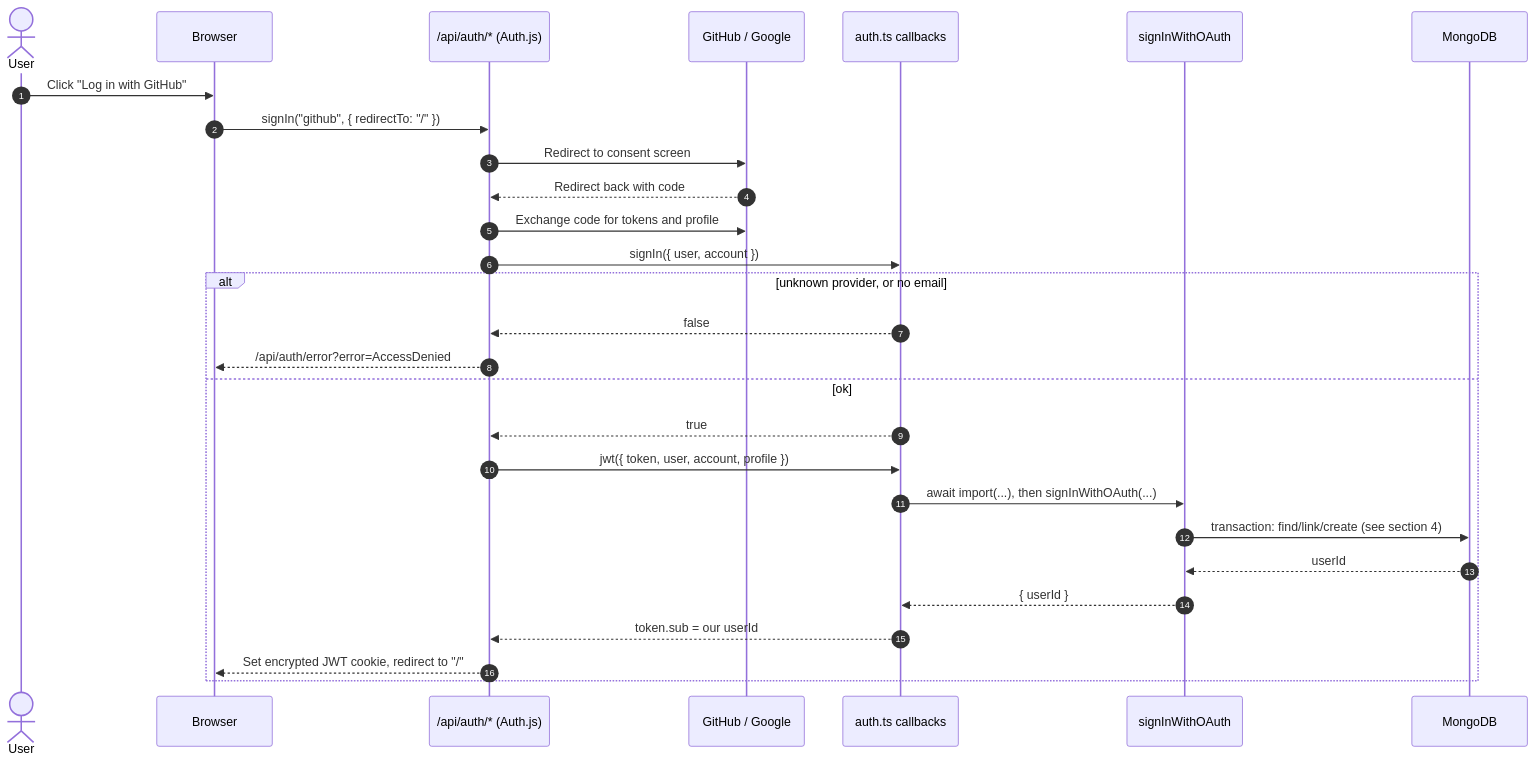
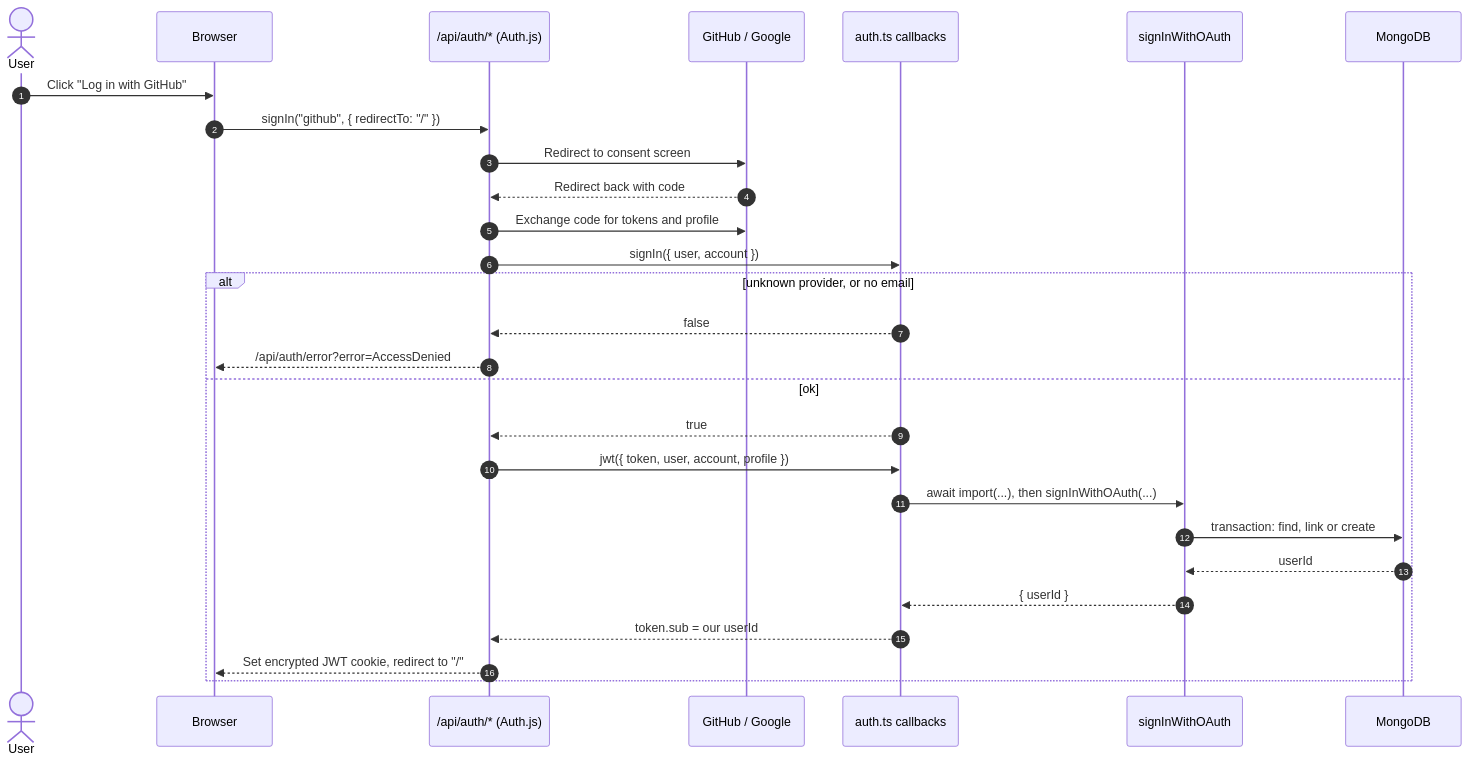
Before and after one commit to firihy/dev-over-flow: the fourth of 9 diagrams in docs/AUTH.md, drawn with Mermaid. The commit also changed other lines of this file, not shown here.

````diff
--- a/docs/AUTH.md
+++ b/docs/AUTH.md
@@ -248,31 +126,31 @@
 ```mermaid
 sequenceDiagram
   autonumber
   actor U as User
   participant B as Browser
   participant NA as /api/auth/* (Auth.js)
   participant P as GitHub / Google
   participant CB as auth.ts callbacks
   participant S as signInWithOAuth
   participant DB as MongoDB
 
   U->>B: Click "Log in with GitHub"
   B->>NA: signIn("github", { redirectTo: "/" })
   NA->>P: Redirect to consent screen
   P-->>NA: Redirect back with code
   NA->>P: Exchange code for tokens and profile
   NA->>CB: signIn({ user, account })
   alt unknown provider, or no email
     CB-->>NA: false
     NA-->>B: /api/auth/error?error=AccessDenied
   else ok
     CB-->>NA: true
     NA->>CB: jwt({ token, user, account, profile })
     CB->>S: await import(...), then signInWithOAuth(...)
-    S->>DB: transaction: find/link/create (see section 4)
+    S->>DB: transaction: find, link or create
     DB-->>S: userId
     S-->>CB: { userId }
     CB-->>NA: token.sub = our userId
     NA-->>B: Set encrypted JWT cookie, redirect to "/"
   end
 ```
````
